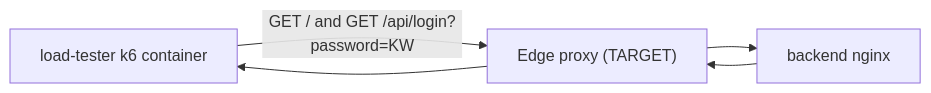
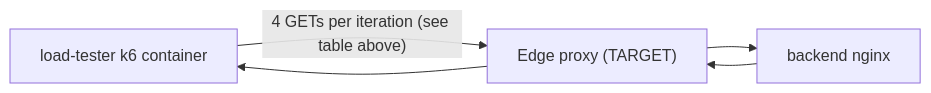
One commit to mihirambli/HoneyPotThesis changed the diagram in benchmarks/README.md. Above: the diagram before and after it, drawn with Mermaid. The commit also changed other lines of this file and 50 other files, not shown here.

````diff
--- a/benchmarks/README.md
+++ b/benchmarks/README.md
@@ -21,11 +25,11 @@
 ```mermaid
 flowchart LR
   k6[load-tester k6 container]
   Edge["Edge proxy (TARGET)"]
   Backend[backend nginx]
 
-  k6 -->|"GET / and GET /api/login?password=KW"| Edge
+  k6 -->|"4 GETs per iteration (see table above)"| Edge
   Edge --> Backend
   Backend --> Edge
   Edge --> k6
 ```
````
